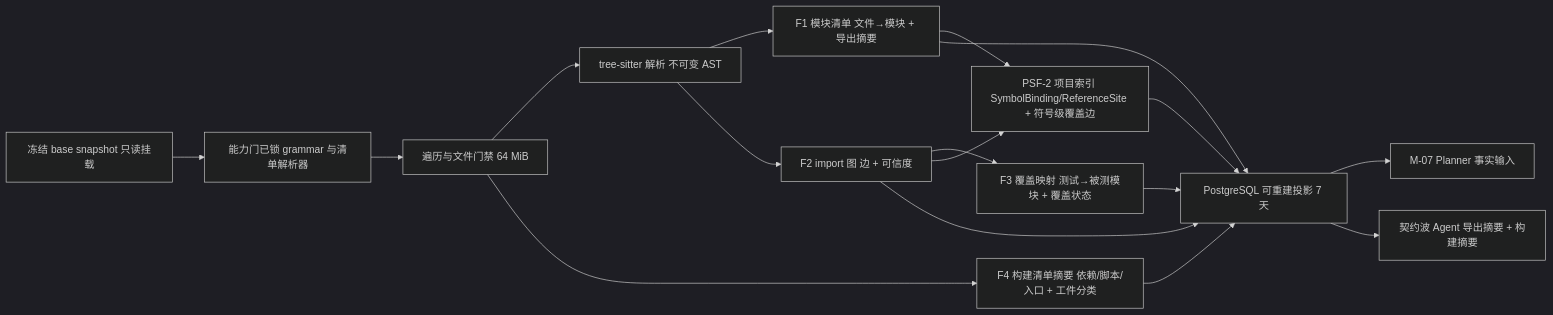
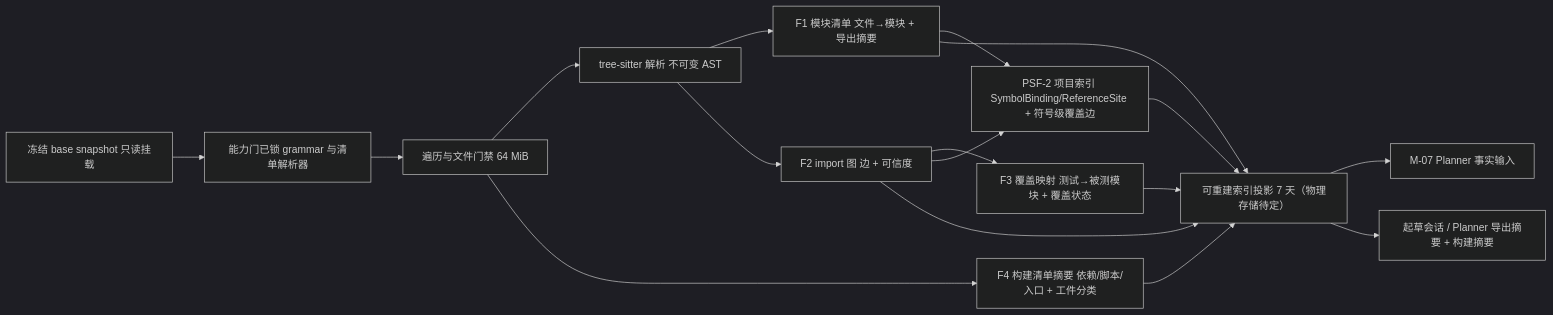
The diagram in my_space/codemigrator_design_doc/architecture_module_design/CodeMigrator_代码分析与AST引擎.md (LT0X/CodeMigrator), drawn with Mermaid (dark theme) before and after one commit. The commit also changed other lines of this file and 55 other files, not shown here.

````diff
--- a/my_space/codemigrator_design_doc/architecture_module_design/CodeMigrator_代码分析与AST引擎.md
+++ b/my_space/codemigrator_design_doc/architecture_module_design/CodeMigrator_代码分析与AST引擎.md
@@ -141,19 +146,19 @@
 ```mermaid
 flowchart LR
     S["冻结 base snapshot 只读挂载"] --> G["能力门已锁 grammar 与清单解析器"]
     G --> W["遍历与文件门禁 64 MiB"]
     W --> P["tree-sitter 解析 不可变 AST"]
     P --> F1["F1 模块清单 文件→模块 + 导出摘要"]
     P --> F2["F2 import 图 边 + 可信度"]
     F2 --> F3["F3 覆盖映射 测试→被测模块 + 覆盖状态"]
     W --> F4["F4 构建清单摘要 依赖/脚本/入口 + 工件分类"]
     F1 --> IDX["PSF-2 项目索引 SymbolBinding/ReferenceSite + 符号级覆盖边"]
     F2 --> IDX
-    F1 --> PG["PostgreSQL 可重建投影 7 天"]
+    F1 --> PG["可重建索引投影 7 天（物理存储待定）"]
     F2 --> PG
     F3 --> PG
     F4 --> PG
     IDX --> PG
     PG --> PL["M-07 Planner 事实输入"]
-    PG --> CW["契约波 Agent 导出摘要 + 构建摘要"]
+    PG --> CW["起草会话 / Planner 导出摘要 + 构建摘要"]
 ```
````
